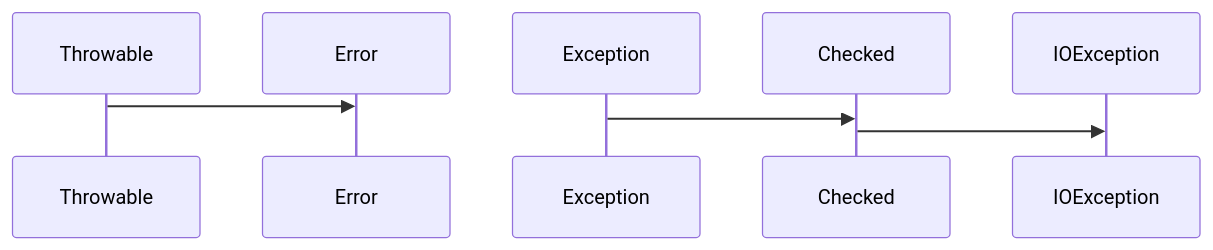
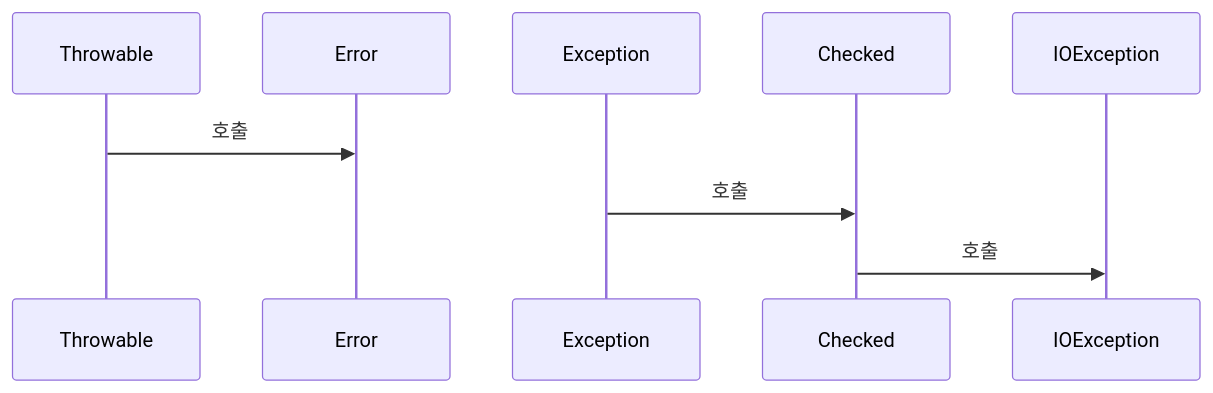
Before and after one commit to yjkim2015/yjkim2015.github.io: the first of 4 diagrams in _posts/java/2026-05-01-java-exception.md, drawn with Mermaid. The commit also changed 85 other files, not shown here.

First line of the commit message:
sequenceDiagram 문법 에러 2차 수정 169개 (86파일)

````diff
--- a/_posts/java/2026-05-01-java-exception.md
+++ b/_posts/java/2026-05-01-java-exception.md
@@ -20,6 +20,6 @@
 ```mermaid
 sequenceDiagram
-    Throwable->>Error:
-    Exception->>Checked:
-    Checked->>IOException:
+    Throwable->>Error: 호출
+    Exception->>Checked: 호출
+    Checked->>IOException: 호출
 ```
````
